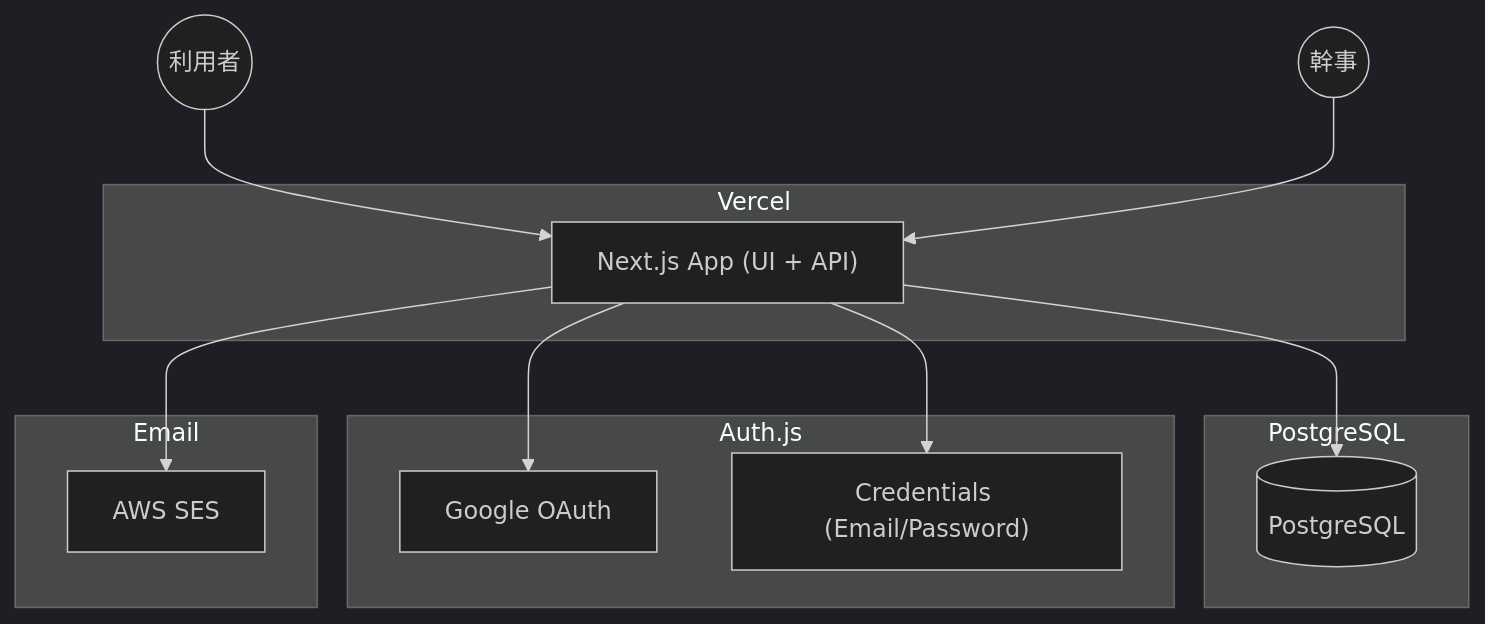
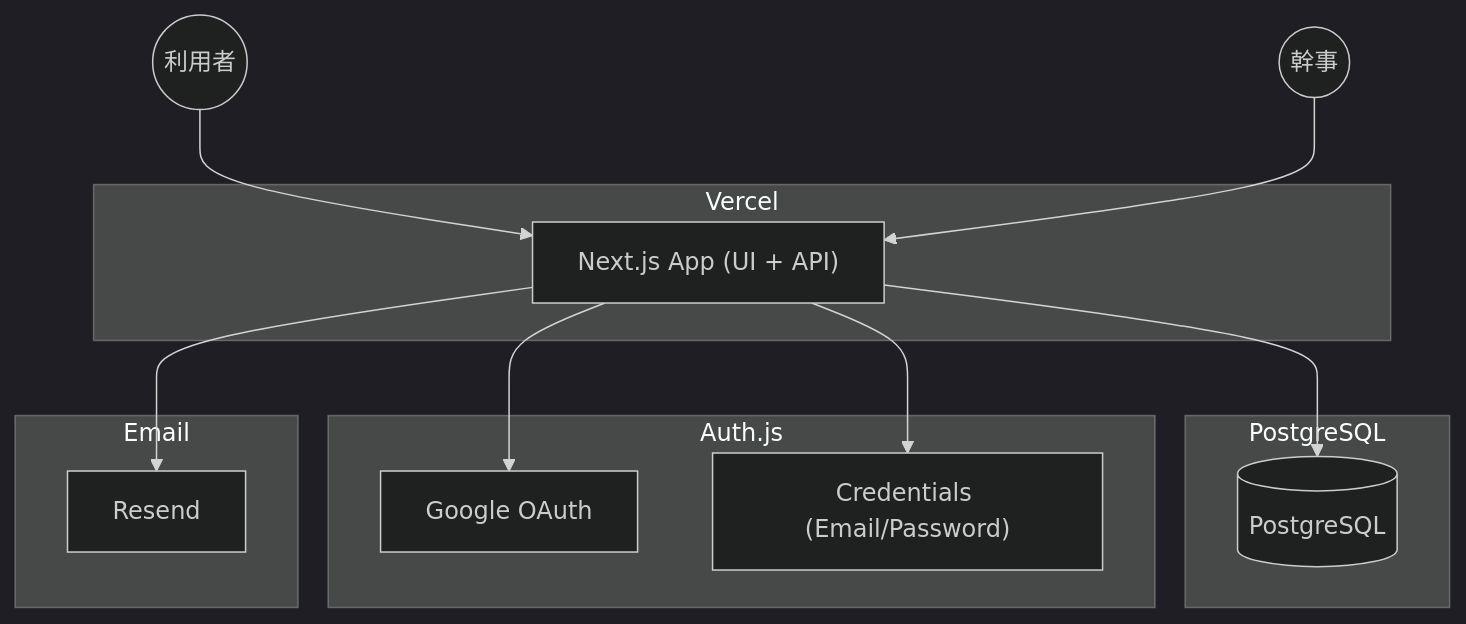
One commit to tojiinoue/kanjikun changed the diagram in docs/diagrams/infra.md. Above: the diagram before and after it, drawn with Mermaid (dark theme). The commit also changed 48 other files, not shown here.

````diff
--- a/docs/diagrams/infra.md
+++ b/docs/diagrams/infra.md
@@ -3,29 +3,29 @@
 ```mermaid
 flowchart TB
   user((利用者))
   admin((幹事))
 
   subgraph Vercel["Vercel"]
     web["Next.js App (UI + API)"]
   end
 
   subgraph DB["PostgreSQL"]
     pg[(PostgreSQL)]
   end
 
   subgraph Auth["Auth.js"]
     oauth["Google OAuth"]
     cred["Credentials (Email/Password)"]
   end
 
   subgraph Mail["Email"]
-    ses["AWS SES"]
+    resend["Resend"]
   end
 
   user --> web
   admin --> web
   web --> pg
   web --> oauth
   web --> cred
-  web --> ses
+  web --> resend
 ```
````
